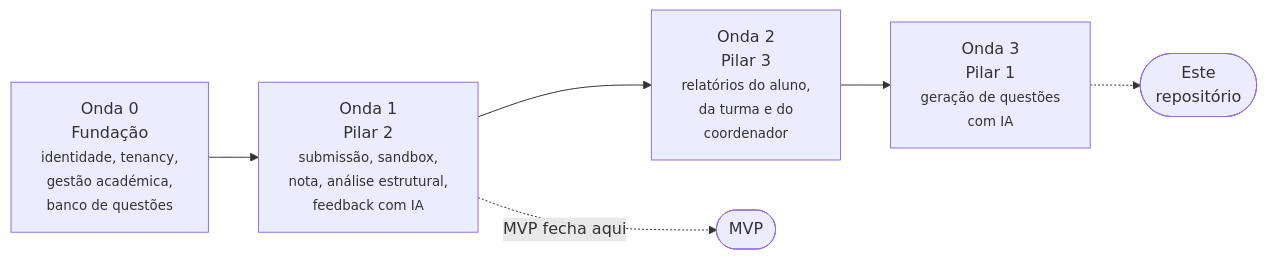
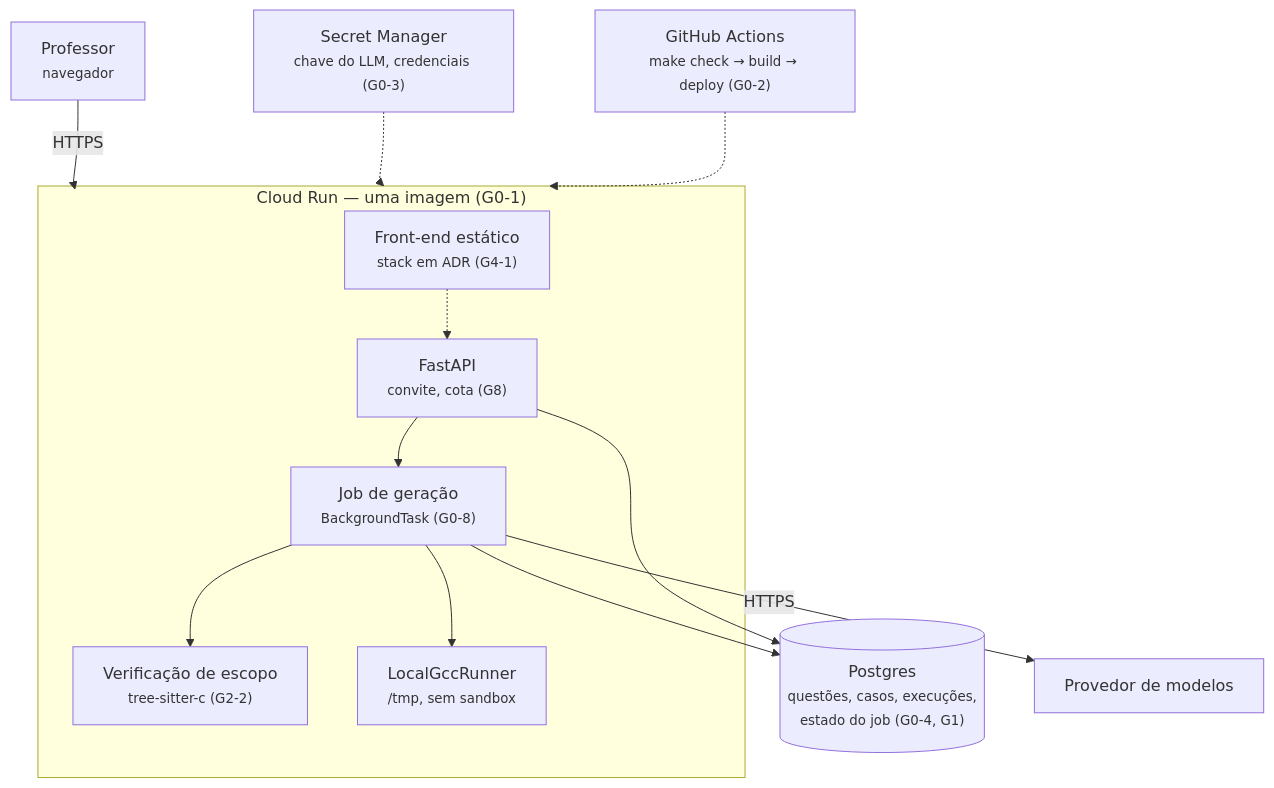
One commit to TUTOR-IA-Makers/tutor-ia changed the diagram in docs/product/roadmap.md. Above: the diagram before and after it, drawn with Mermaid. The commit also changed other lines of this file and 84 other files, not shown here.

````diff
--- a/docs/product/roadmap.md
+++ b/docs/product/roadmap.md
@@ -7,10 +133,21 @@
 ```mermaid
-flowchart LR
-    O0["Onda 0<br/>Fundação<br/><small>identidade, tenancy,<br/>gestão académica,<br/>banco de questões</small>"]
-    O1["Onda 1<br/>Pilar 2<br/><small>submissão, sandbox,<br/>nota, análise estrutural,<br/>feedback com IA</small>"]
-    O2["Onda 2<br/>Pilar 3<br/><small>relatórios do aluno,<br/>da turma e do<br/>coordenador</small>"]
-    O3["Onda 3<br/>Pilar 1<br/><small>geração de questões<br/>com IA</small>"]
-    O0 --> O1 --> O2 --> O3
-    O1 -.->|"MVP fecha aqui"| M(["MVP"])
-    O3 -.-> P(["Este<br/>repositório"])
+flowchart TD
+    P["Professor<br/><small>navegador</small>"] -->|HTTPS| CR
+
+    subgraph CR["Cloud Run — uma imagem (G0-1)"]
+        FE["Front-end estático<br/><small>stack em ADR (G4-1)</small>"]
+        API["FastAPI<br/><small>convite, cota (G8)</small>"]
+        JOB["Job de geração<br/><small>BackgroundTask (G0-8)</small>"]
+        SC["Verificação de escopo<br/><small>tree-sitter-c (G2-2)</small>"]
+        RUN["LocalGccRunner<br/><small>/tmp, sem sandbox</small>"]
+        API --> JOB --> SC
+        JOB --> RUN
+    end
+
+    FE -.-> API
+    JOB --> DB[("Postgres<br/><small>questões, casos, execuções,<br/>estado do job (G0-4, G1)</small>")]
+    API --> DB
+    JOB -->|HTTPS| LLM["Provedor de modelos"]
+    SM["Secret Manager<br/><small>chave do LLM, credenciais (G0-3)</small>"] -.-> CR
+    GH["GitHub Actions<br/><small>make check → build → deploy (G0-2)</small>"] -.-> CR
 ```
````
